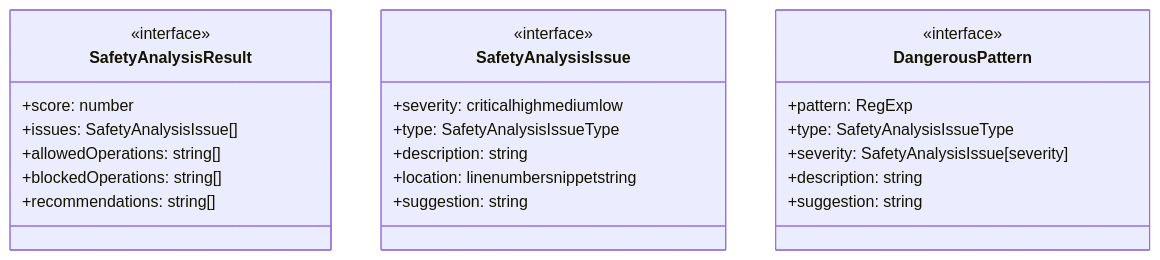
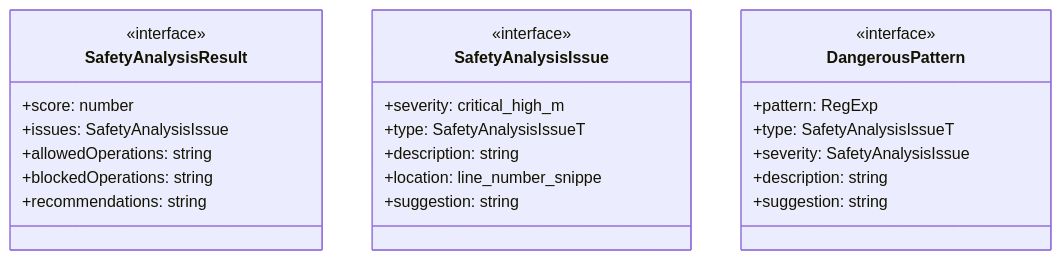
Before and after one commit to Mekann2904/mekann: the first of 2 diagrams in ABDD/.pi/lib/dynamic-tools/safety.md, drawn with Mermaid. The commit also changed other lines of this file and 174 other files, not shown here.

First line of the commit message:
fix(docs): ABDDのMermaid図生成エラーを修正する

````diff
--- a/ABDD/.pi/lib/dynamic-tools/safety.md
+++ b/ABDD/.pi/lib/dynamic-tools/safety.md
@@ -31,27 +31,27 @@
 ```mermaid
 classDiagram
   class SafetyAnalysisResult {
     <<interface>>
     +score: number
-    +issues: SafetyAnalysisIssue[]
-    +allowedOperations: string[]
-    +blockedOperations: string[]
-    +recommendations: string[]
+    +issues: SafetyAnalysisIssue
+    +allowedOperations: string
+    +blockedOperations: string
+    +recommendations: string
   }
   class SafetyAnalysisIssue {
     <<interface>>
-    +severity: criticalhighmediumlow
-    +type: SafetyAnalysisIssueType
+    +severity: critical_high_m
+    +type: SafetyAnalysisIssueT
     +description: string
-    +location: linenumbersnippetstring
+    +location: line_number_snippe
     +suggestion: string
   }
   class DangerousPattern {
     <<interface>>
     +pattern: RegExp
-    +type: SafetyAnalysisIssueType
-    +severity: SafetyAnalysisIssue[severity]
+    +type: SafetyAnalysisIssueT
+    +severity: SafetyAnalysisIssue
     +description: string
     +suggestion: string
   }
 ```
````
